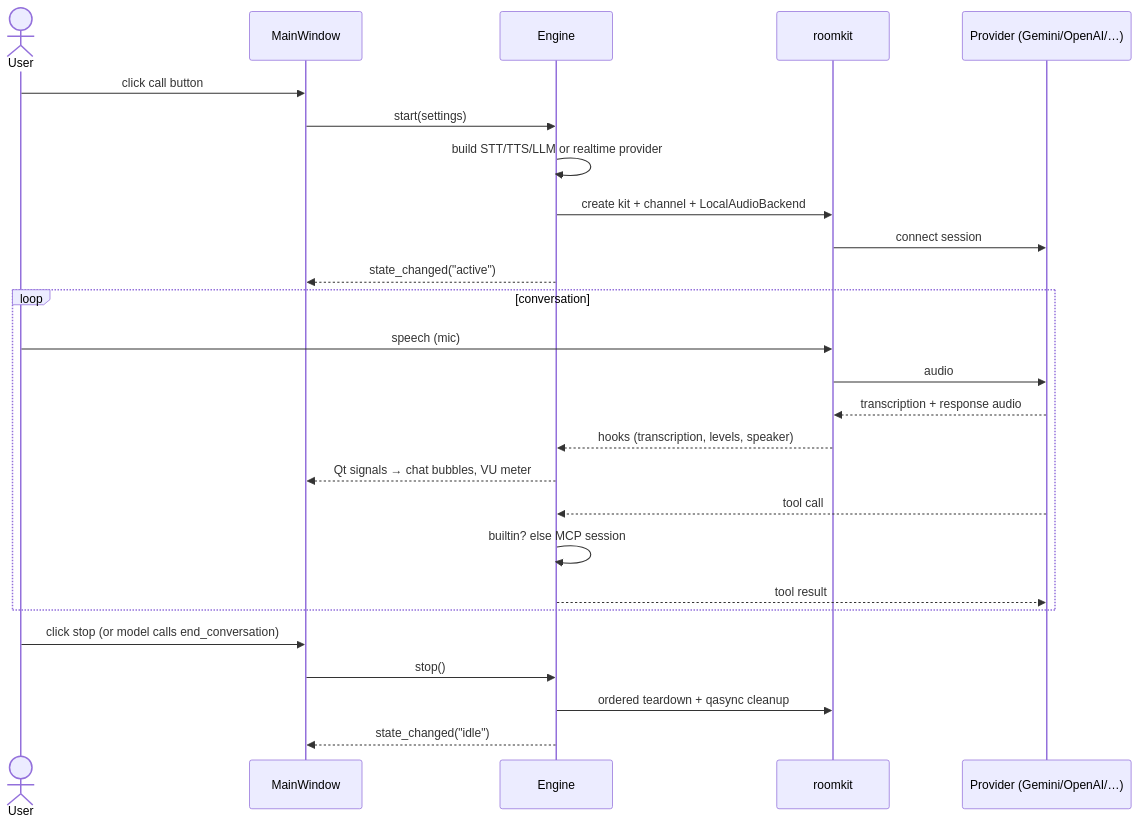
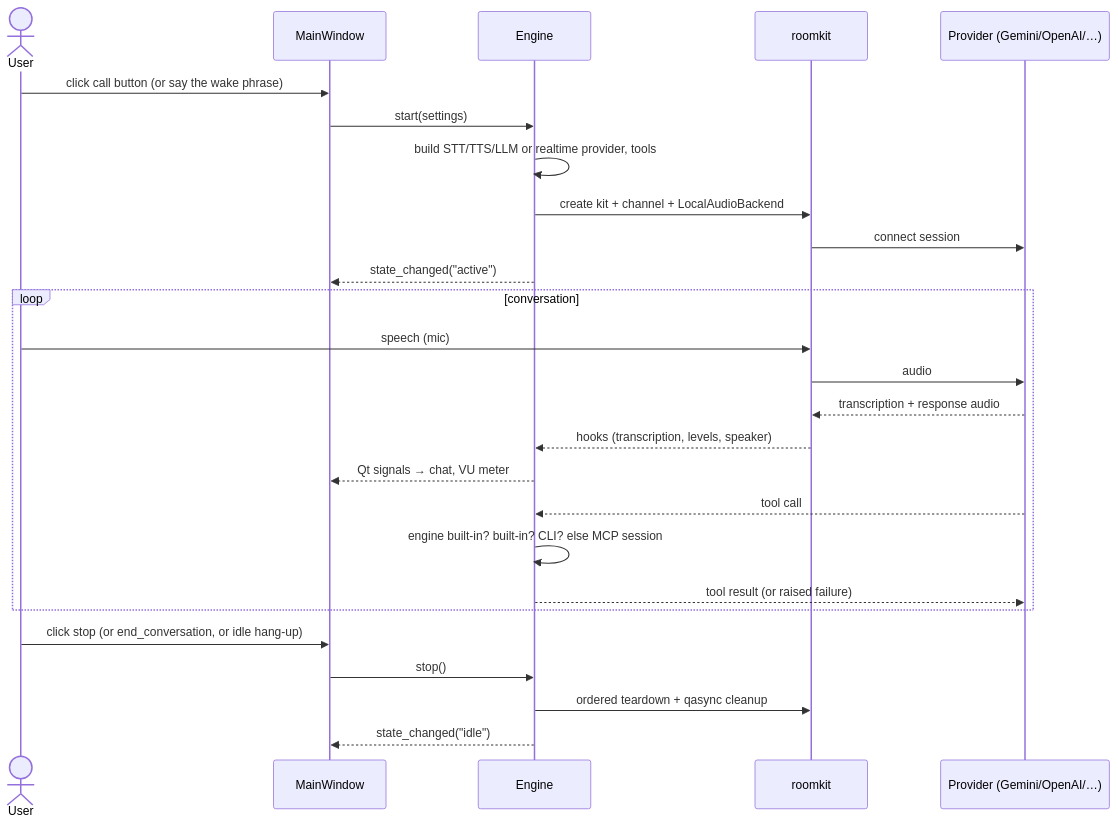
The first of 2 diagrams in docs/features.md (roomkit-live/roomkit-ui), drawn with Mermaid before and after one commit. The commit also changed other lines of this file, not shown here.

First line of the commit message:
docs: features cover the wake word, memory and the new backends

````diff
--- a/docs/features.md
+++ b/docs/features.md
@@ -83,29 +206,29 @@
 ```mermaid
 sequenceDiagram
     actor U as User
     participant MW as MainWindow
     participant E as Engine
     participant RK as roomkit
     participant P as Provider (Gemini/OpenAI/…)
 
-    U->>MW: click call button
+    U->>MW: click call button (or say the wake phrase)
     MW->>E: start(settings)
-    E->>E: build STT/TTS/LLM or realtime provider
+    E->>E: build STT/TTS/LLM or realtime provider, tools
     E->>RK: create kit + channel + LocalAudioBackend
     RK->>P: connect session
     E-->>MW: state_changed("active")
     loop conversation
         U->>RK: speech (mic)
         RK->>P: audio
         P-->>RK: transcription + response audio
         RK-->>E: hooks (transcription, levels, speaker)
-        E-->>MW: Qt signals → chat bubbles, VU meter
+        E-->>MW: Qt signals → chat, VU meter
         P-->>E: tool call
-        E->>E: builtin? else MCP session
-        E-->>P: tool result
+        E->>E: engine built-in? built-in? CLI? else MCP session
+        E-->>P: tool result (or raised failure)
     end
-    U->>MW: click stop (or model calls end_conversation)
+    U->>MW: click stop (or end_conversation, or idle hang-up)
     MW->>E: stop()
     E->>RK: ordered teardown + qasync cleanup
     E-->>MW: state_changed("idle")
 ```
````
